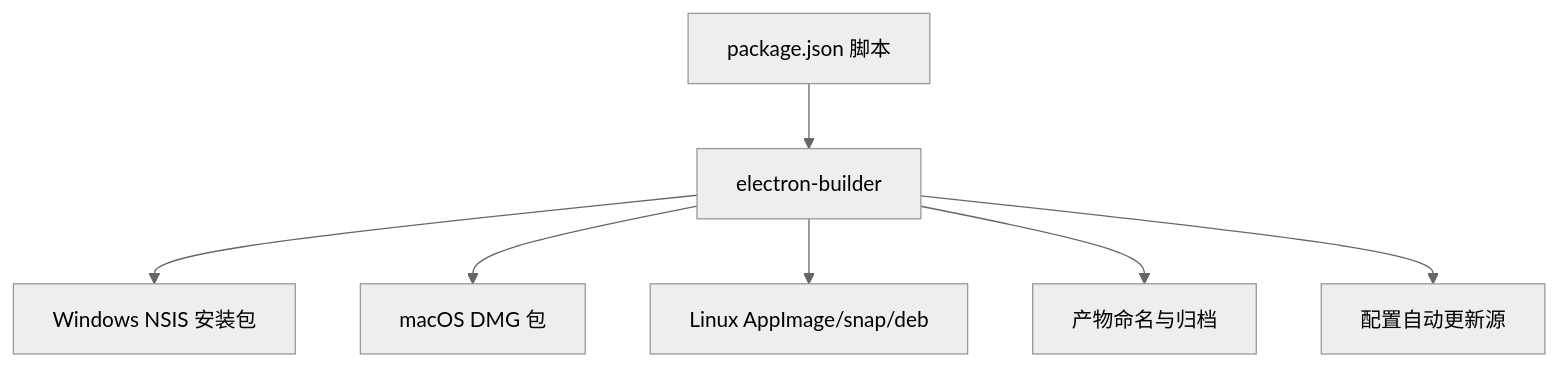
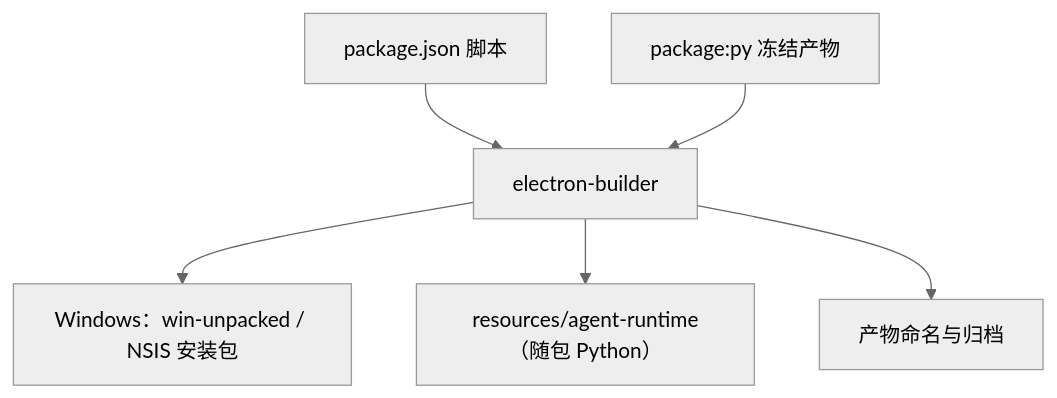
One commit to Azusa010/personal-agent changed the fourth of 7 diagrams in .repowiki/zh/content/桌面应用/构建与部署.md. Above: the diagram before and after it, drawn with Mermaid (neutral theme). The commit also changed other lines of this file and 40 other files, not shown here.

````diff
--- a/.repowiki/zh/content/桌面应用/构建与部署.md
+++ b/.repowiki/zh/content/桌面应用/构建与部署.md
@@ -163,9 +161,8 @@
 ```mermaid
 flowchart TD
 Pkg["package.json 脚本"] --> Builder["electron-builder"]
-Builder --> Win["Windows NSIS 安装包"]
-Builder --> Mac["macOS DMG 包"]
-Builder --> Lin["Linux AppImage/snap/deb"]
+Py["package:py 冻结产物"] --> Builder
+Builder --> Win["Windows：win-unpacked / NSIS 安装包"]
+Builder --> Res["resources/agent-runtime（随包 Python）"]
 Builder --> Artifacts["产物命名与归档"]
-Builder --> Update["配置自动更新源"]
 ```
````
